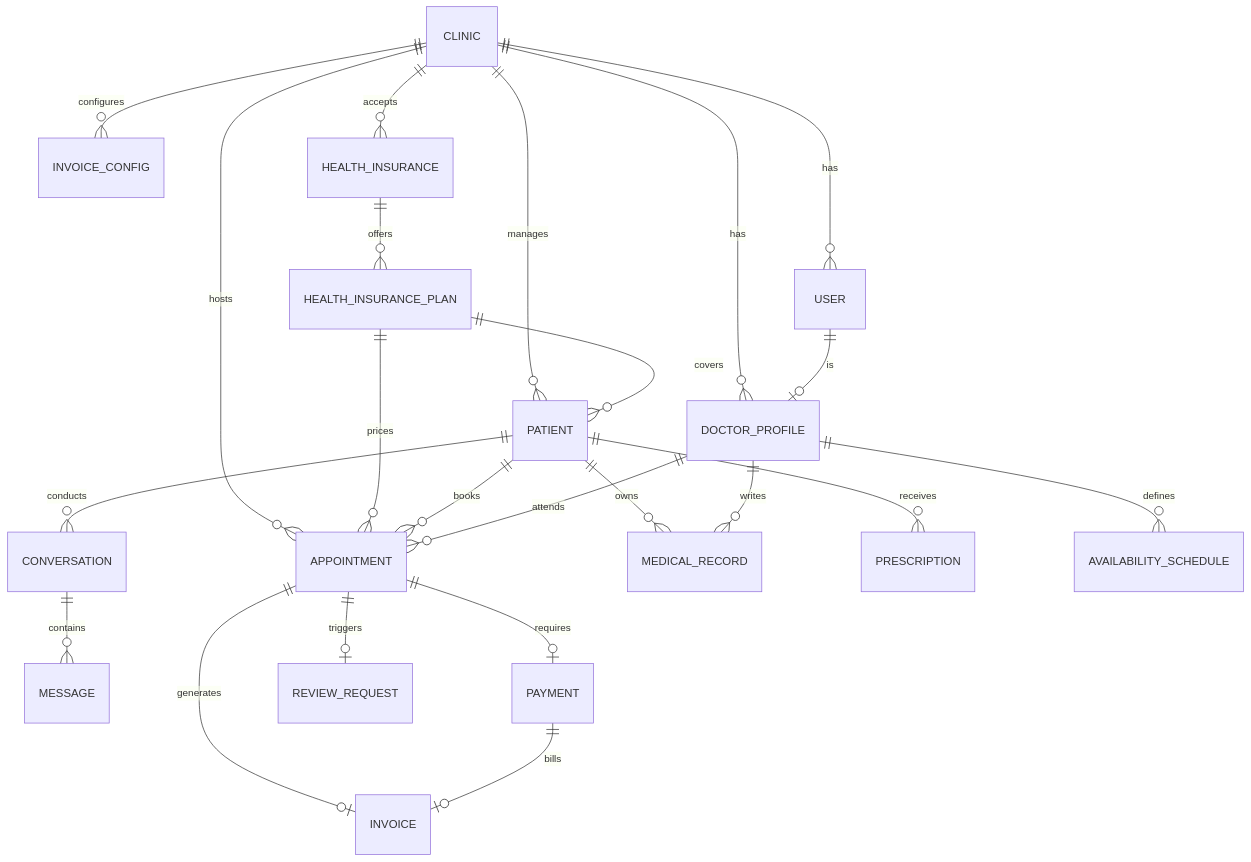
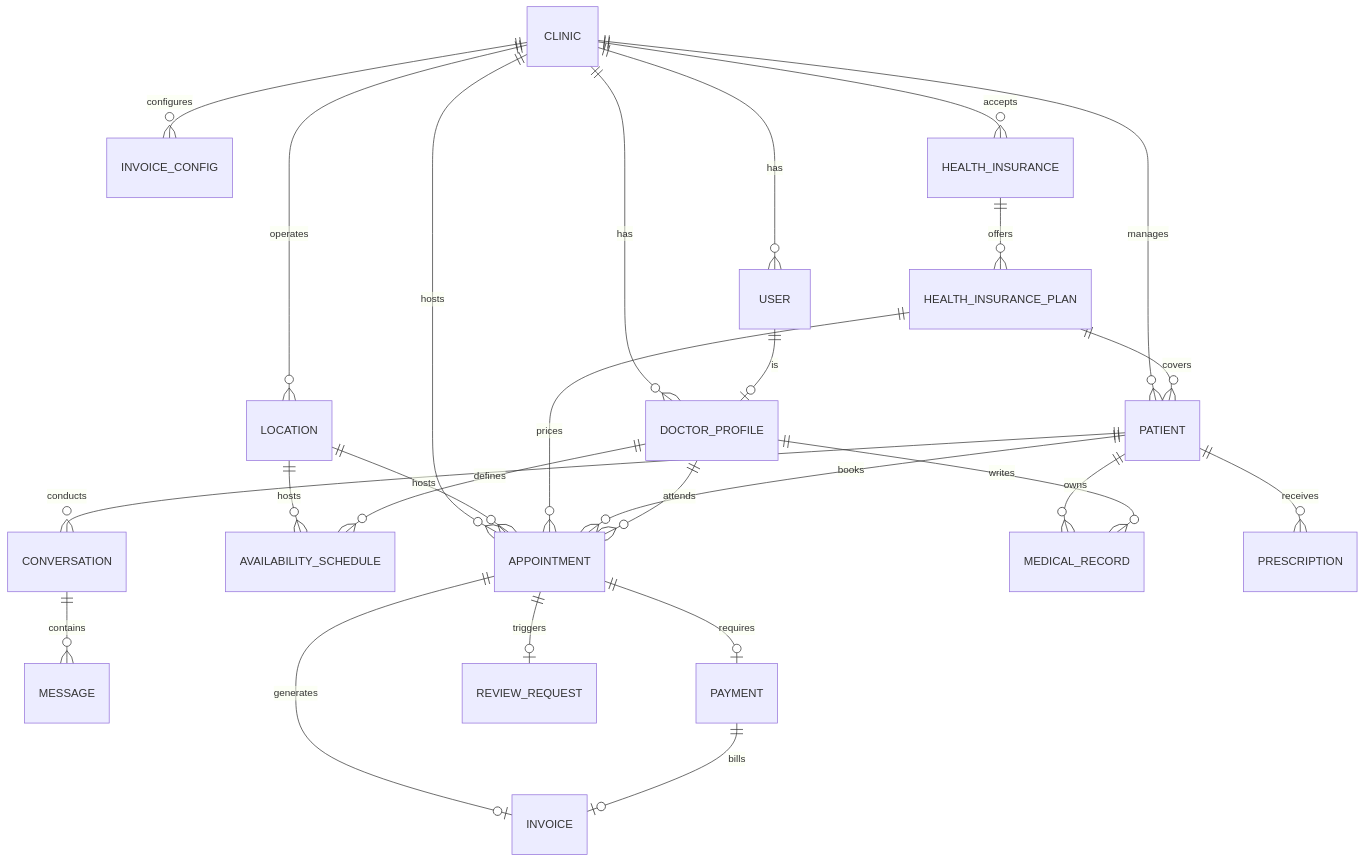
One commit to mlacheta/crm_poc1 changed the diagram in docs/specs/03_data_model_and_database_schema.md. Above: the diagram before and after it, drawn with Mermaid. The commit also changed other lines of this file and 5 other files, not shown here.

````diff
--- a/docs/specs/03_data_model_and_database_schema.md
+++ b/docs/specs/03_data_model_and_database_schema.md
@@ -8,32 +8,35 @@
 ```mermaid
 erDiagram
     CLINIC ||--o{ USER : has
     CLINIC ||--o{ DOCTOR_PROFILE : has
     CLINIC ||--o{ PATIENT : manages
     CLINIC ||--o{ APPOINTMENT : hosts
     CLINIC ||--o{ INVOICE_CONFIG : configures
     CLINIC ||--o{ HEALTH_INSURANCE : accepts
+    CLINIC ||--o{ LOCATION : operates
+    LOCATION ||--o{ AVAILABILITY_SCHEDULE : hosts
+    LOCATION ||--o{ APPOINTMENT : hosts
 
     HEALTH_INSURANCE ||--o{ HEALTH_INSURANCE_PLAN : offers
     HEALTH_INSURANCE_PLAN ||--o{ PATIENT : covers
     HEALTH_INSURANCE_PLAN ||--o{ APPOINTMENT : prices
 
     USER ||--o| DOCTOR_PROFILE : is
     
     PATIENT ||--o{ CONVERSATION : conducts
     PATIENT ||--o{ APPOINTMENT : books
     PATIENT ||--o{ MEDICAL_RECORD : owns
     PATIENT ||--o{ PRESCRIPTION : receives
 
     CONVERSATION ||--o{ MESSAGE : contains
     
     DOCTOR_PROFILE ||--o{ APPOINTMENT : attends
     DOCTOR_PROFILE ||--o{ AVAILABILITY_SCHEDULE : defines
     DOCTOR_PROFILE ||--o{ MEDICAL_RECORD : writes
 
     APPOINTMENT ||--o| PAYMENT : requires
     APPOINTMENT ||--o| INVOICE : generates
     APPOINTMENT ||--o| REVIEW_REQUEST : triggers
 
     PAYMENT ||--o| INVOICE : bills
 ```
````
